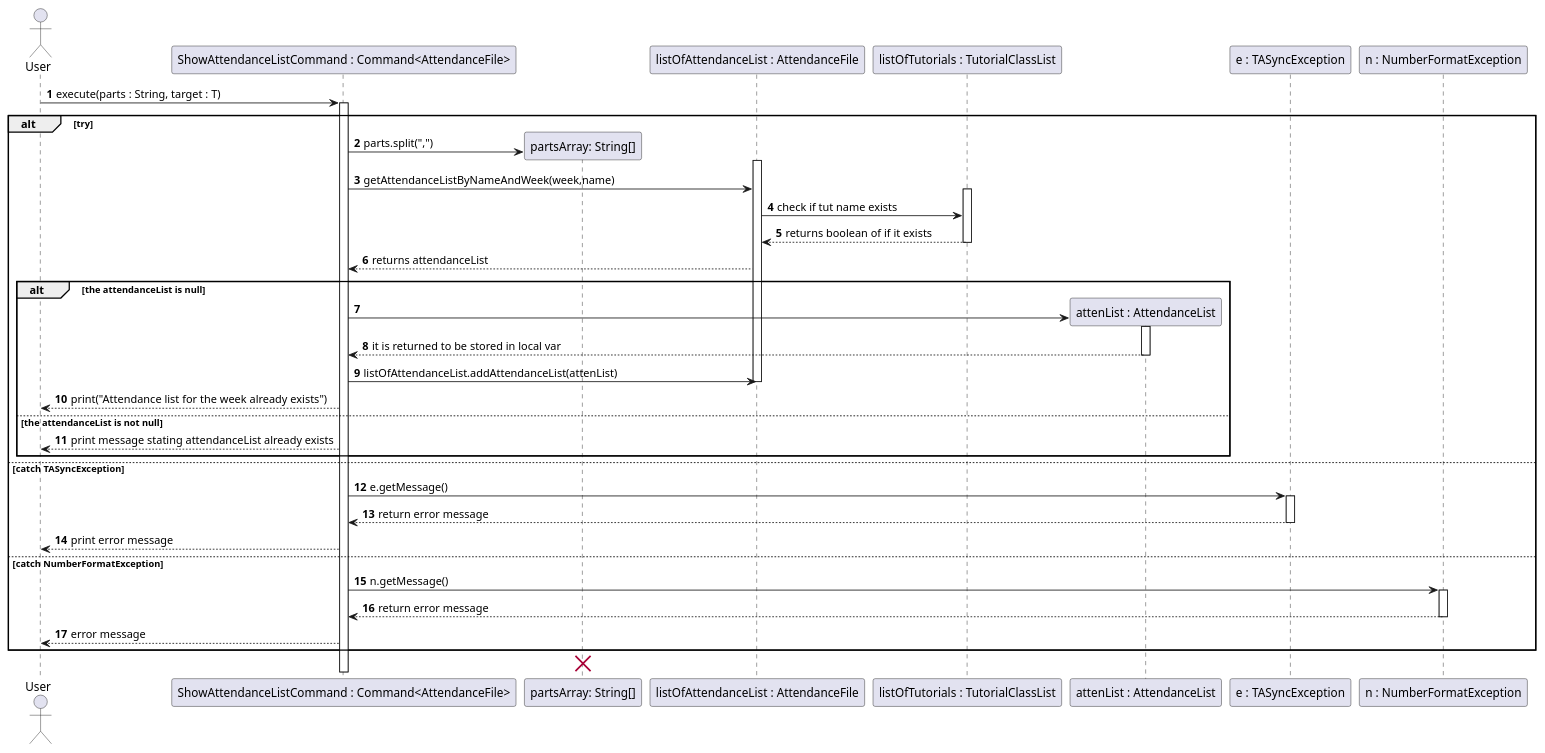
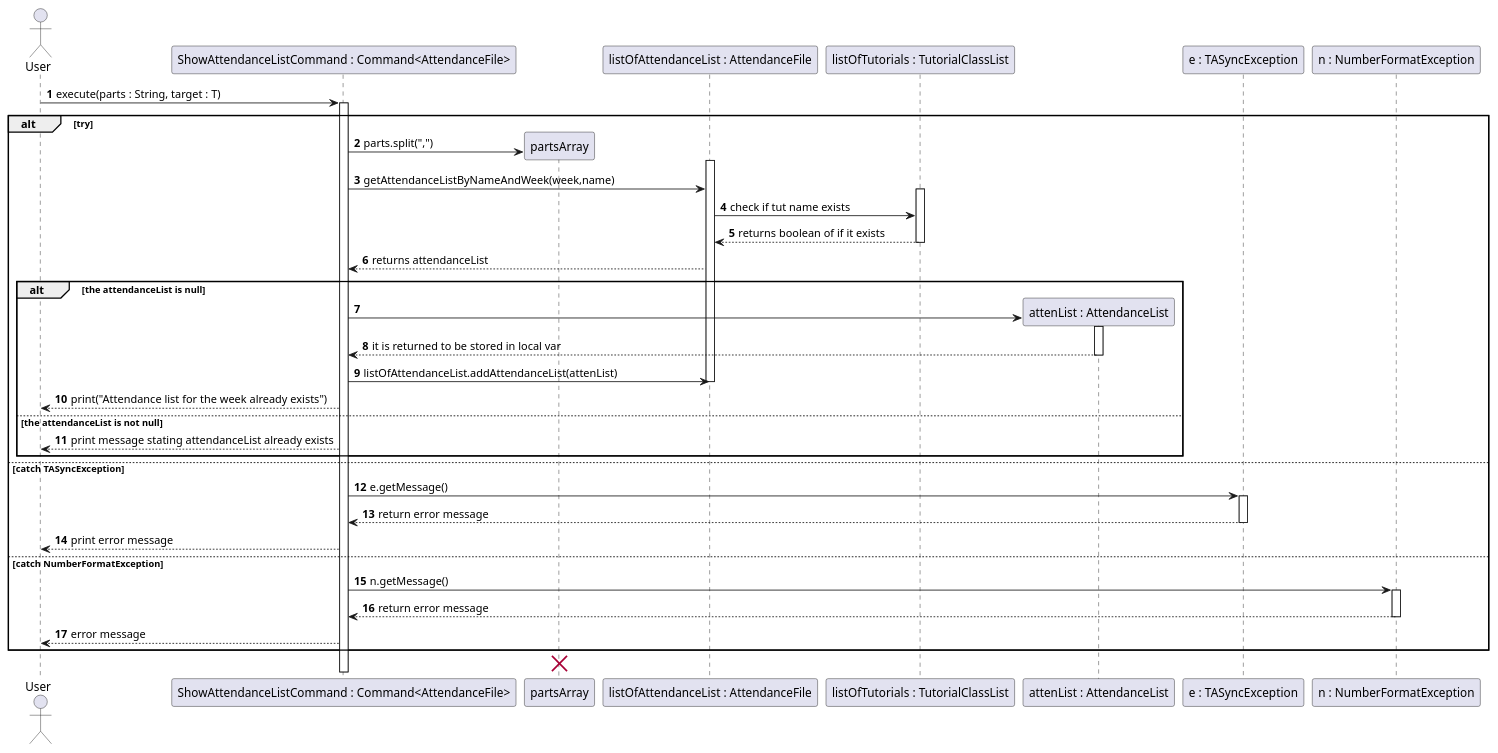
One commit to wongyihao02/tp changed the diagram in docs/diagrams/attendancelistcommands/CreateNewAttendanceListCommand.puml. Above: the diagram before and after it, drawn with PlantUML. The commit also changed 2 other files, not shown here.

Commit message:
removed class names for classes from java in seq diagram vars

```diff
--- a/docs/diagrams/attendancelistcommands/CreateNewAttendanceListCommand.puml
+++ b/docs/diagrams/attendancelistcommands/CreateNewAttendanceListCommand.puml
@@ -1,60 +1,60 @@
 @startuml
 'https://plantuml.com/sequence-diagram
 
 autonumber
 actor User
 participant "ShowAttendanceListCommand : Command<AttendanceFile>" as command
-participant "partsArray: String[]" as parts
+participant "partsArray" as parts
 participant "listOfAttendanceList : AttendanceFile" as listOfAttendanceList
 participant "listOfTutorials : TutorialClassList" as listOfTutorials
 participant "attenList : AttendanceList" as attenList
 participant "e : TASyncException" as e
 participant "n : NumberFormatException" as n
 
 User -> command : execute(parts : String, target : T)
 activate command
 alt try
 create parts
 command -> parts : parts.split(",")
 activate listOfAttendanceList
 command -> listOfAttendanceList : getAttendanceListByNameAndWeek(week,name)
 activate listOfTutorials
 listOfAttendanceList -> listOfTutorials : check if tut name exists
 listOfTutorials --> listOfAttendanceList: returns boolean of if it exists
 deactivate listOfTutorials
 
 listOfAttendanceList --> command : returns attendanceList
 alt the attendanceList is null
 create attenList
 command -> attenList
 activate attenList
 attenList --> command : it is returned to be stored in local var
 deactivate attenList
 command -> listOfAttendanceList : listOfAttendanceList.addAttendanceList(attenList)
 
 
 deactivate listOfAttendanceList
 command --> User : print("Attendance list for the week already exists")
 else the attendanceList is not null
 command --> User : print message stating attendanceList already exists
 end alt
 
 else catch TASyncException
 
 
     command -> e : e.getMessage()
         activate e
         e --> command : return error message
         deactivate e
         command --> User  : print error message
 
         else catch NumberFormatException
          command -> n : n.getMessage()
          activate n
          n --> command : return error message
          deactivate n
          command --> User : error message
 end
 
 destroy parts
 @enduml
```
